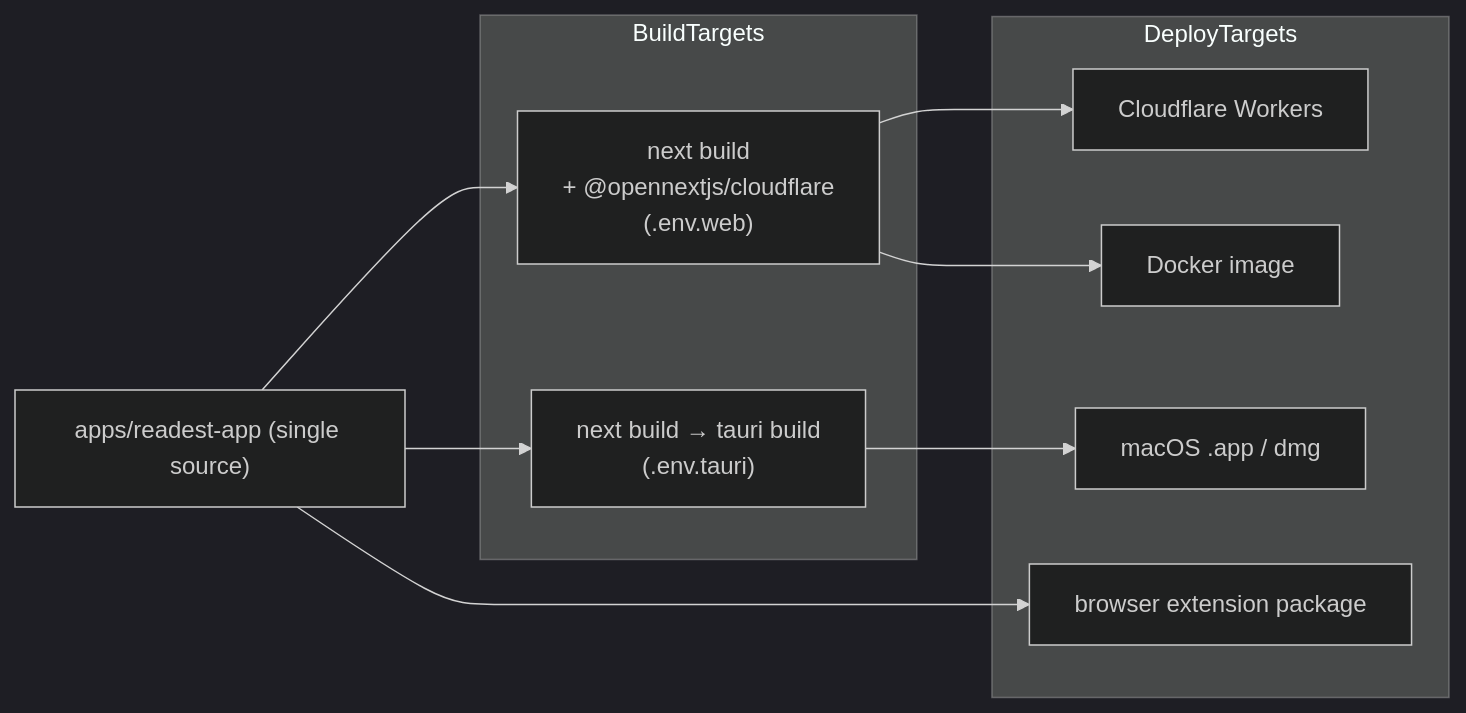
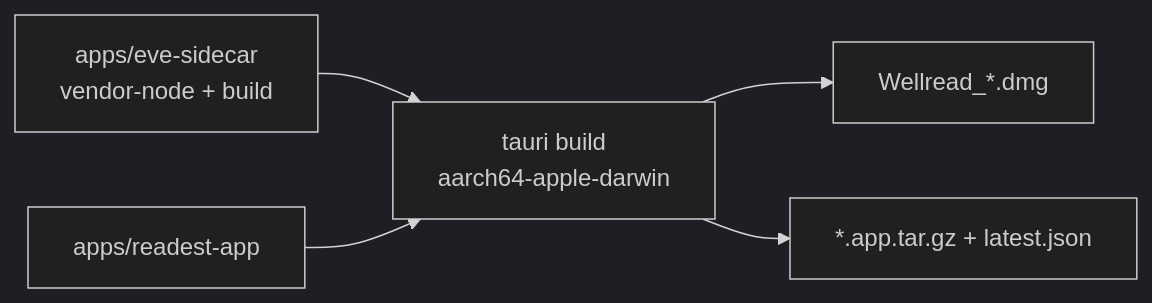
Before and after one commit to lima1217/wellread: the third of 3 diagrams in apps/readest-app/docs/architecture.md, drawn with Mermaid (dark theme). The commit also changed other lines of this file and 2 other files, not shown here.

First line of the commit message:
Align README and architecture docs with local macOS Wellread.

````diff
--- a/apps/readest-app/docs/architecture.md
+++ b/apps/readest-app/docs/architecture.md
@@ -506,24 +240,13 @@
 ```mermaid
 flowchart LR
-    Source["apps/readest-app (single source)"]
+    App["apps/readest-app"]
+    Eve["apps/eve-sidecar<br/>vendor-node + build"]
+    TauriBuild["tauri build<br/>aarch64-apple-darwin"]
+    Dmg["Wellread_*.dmg"]
+    Updater["*.app.tar.gz + latest.json"]
 
-    subgraph BuildTargets
-        BWeb["next build<br/>+ @opennextjs/cloudflare<br/>(.env.web)"]
-        BTauriDesk["next build → tauri build<br/>(.env.tauri)"]
-    end
-
-    subgraph DeployTargets
-        DCloudflare["Cloudflare Workers"]
-        DDocker["Docker image"]
-        DDesktop["macOS .app / dmg"]
-        DExt["browser extension package"]
-    end
-
-    Source --> BWeb
-    Source --> BTauriDesk
-
-    BWeb --> DCloudflare
-    BWeb --> DDocker
-    BTauriDesk --> DDesktop
-    Source --> DExt
+    Eve --> TauriBuild
+    App --> TauriBuild
+    TauriBuild --> Dmg
+    TauriBuild --> Updater
 ```
````
